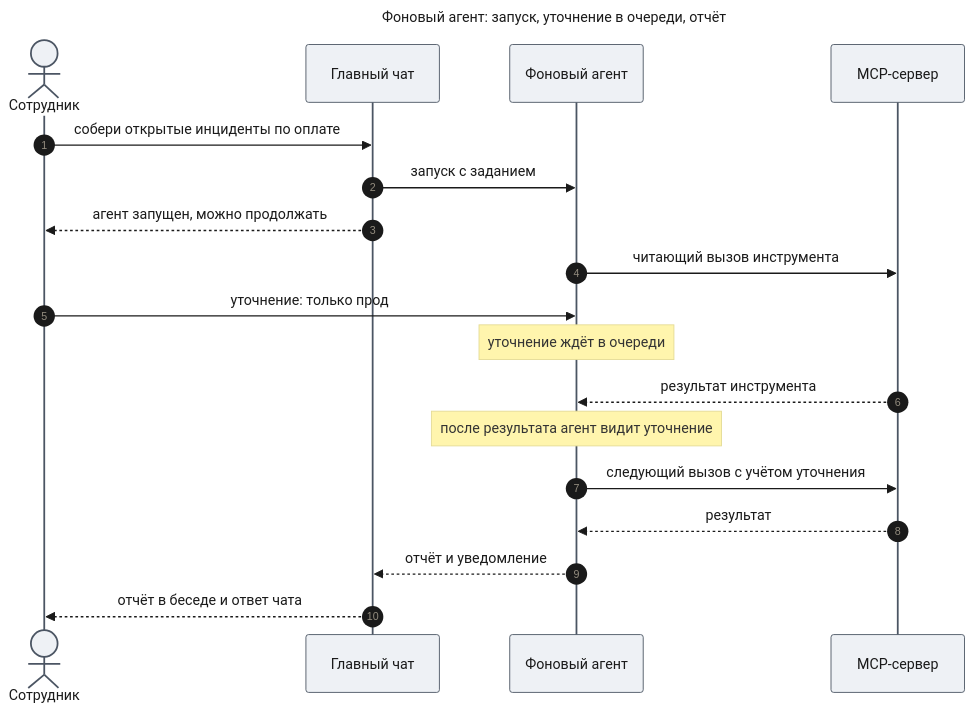
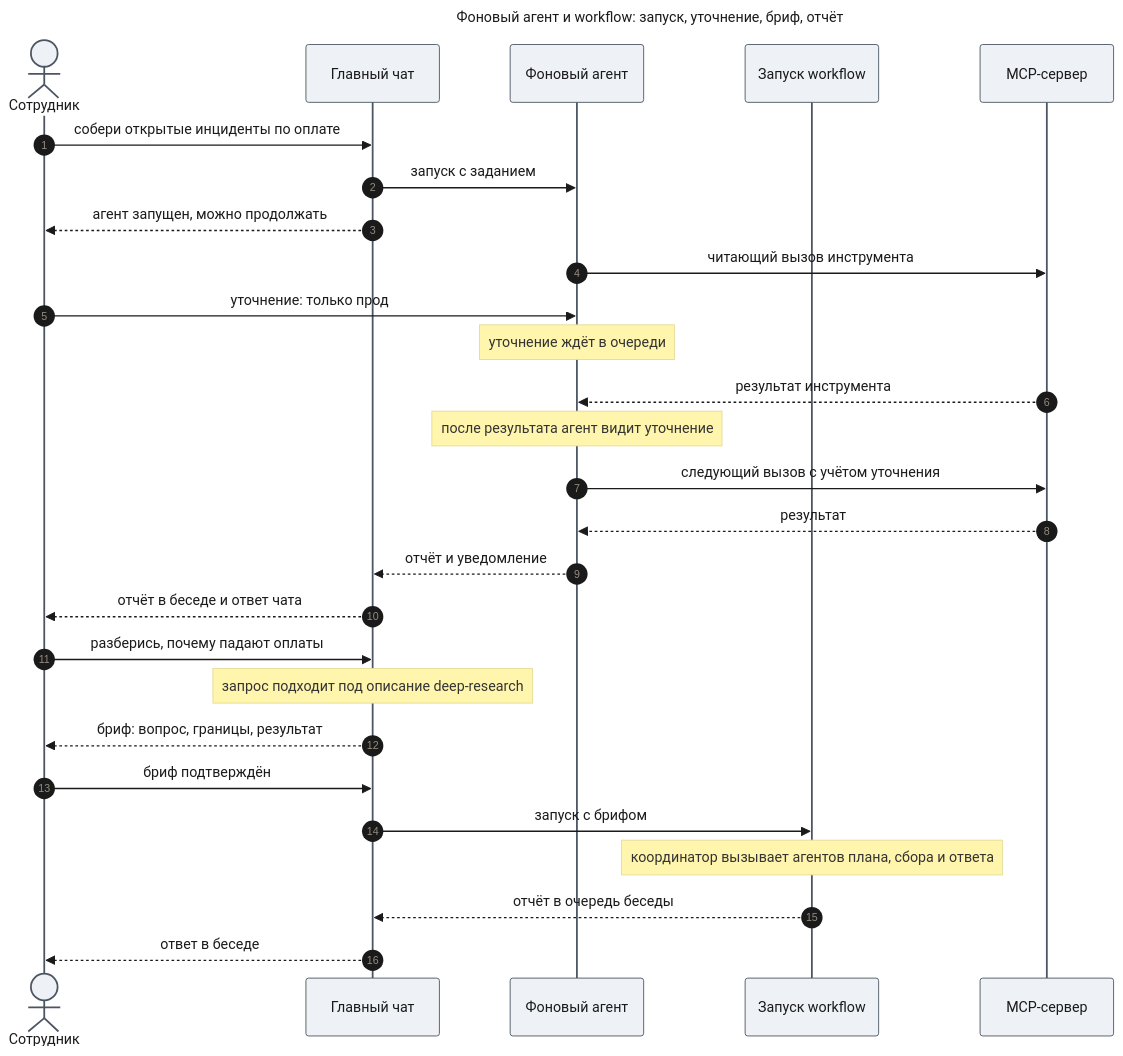
One commit to tundraray/agent-os changed the third of 5 diagrams in docs/features/agent-platform/prd.md. Above: the diagram before and after it, drawn with Mermaid. The commit also changed other lines of this file, not shown here.

````diff
--- a/docs/features/agent-platform/prd.md
+++ b/docs/features/agent-platform/prd.md
@@ -162,44 +181,59 @@
 ```mermaid
 ---
-title: "Фоновый агент: запуск, уточнение в очереди, отчёт"
+title: "Фоновый агент и workflow: запуск, уточнение, бриф, отчёт"
 config:
   theme: base
   look: classic
   themeVariables:
     primaryColor: "#eef1f5"
     primaryBorderColor: "#4b5563"
     primaryTextColor: "#1a1a1a"
     lineColor: "#6b7280"
   themeCSS: |
-    @keyframes lit_sq{0%,9%{stroke:#991b1b;stroke-width:6px}10%,100%{stroke:#37474f;stroke-width:2px}}
-    @keyframes litr_sq{0%,9%{stroke:#1d4ed8;stroke-width:6px}10%,100%{stroke:#37474f;stroke-width:2px}}
-    .messageLine0[data-id='i1'],.messageLine1[data-id='i1']{animation:lit_sq 12s linear 0s infinite}
-    .messageLine0[data-id='i2'],.messageLine1[data-id='i2']{animation:lit_sq 12s linear 1.2s infinite}
-    .messageLine0[data-id='i3'],.messageLine1[data-id='i3']{animation:litr_sq 12s linear 2.4s infinite}
-    .messageLine0[data-id='i4'],.messageLine1[data-id='i4']{animation:lit_sq 12s linear 3.6s infinite}
-    .messageLine0[data-id='i5'],.messageLine1[data-id='i5']{animation:lit_sq 12s linear 4.8s infinite}
-    .messageLine0[data-id='i7'],.messageLine1[data-id='i7']{animation:litr_sq 12s linear 6s infinite}
-    .messageLine0[data-id='i9'],.messageLine1[data-id='i9']{animation:lit_sq 12s linear 7.2s infinite}
-    .messageLine0[data-id='i10'],.messageLine1[data-id='i10']{animation:litr_sq 12s linear 8.4s infinite}
-    .messageLine0[data-id='i11'],.messageLine1[data-id='i11']{animation:litr_sq 12s linear 9.6s infinite}
-    .messageLine0[data-id='i12'],.messageLine1[data-id='i12']{animation:litr_sq 12s linear 10.8s infinite}
+    @keyframes lit_sq{0%,5.625%{stroke:#991b1b;stroke-width:6px}6.25%,100%{stroke:#37474f;stroke-width:2px}}
+    @keyframes litr_sq{0%,5.625%{stroke:#1d4ed8;stroke-width:6px}6.25%,100%{stroke:#37474f;stroke-width:2px}}
+    .messageLine0[data-id='i1'],.messageLine1[data-id='i1']{animation:lit_sq 19.2s linear 0s infinite}
+    .messageLine0[data-id='i2'],.messageLine1[data-id='i2']{animation:lit_sq 19.2s linear 1.2s infinite}
+    .messageLine0[data-id='i3'],.messageLine1[data-id='i3']{animation:litr_sq 19.2s linear 2.4s infinite}
+    .messageLine0[data-id='i4'],.messageLine1[data-id='i4']{animation:litr_sq 19.2s linear 3.6s infinite}
+    .messageLine0[data-id='i5'],.messageLine1[data-id='i5']{animation:lit_sq 19.2s linear 4.8s infinite}
+    .messageLine0[data-id='i7'],.messageLine1[data-id='i7']{animation:litr_sq 19.2s linear 6s infinite}
+    .messageLine0[data-id='i9'],.messageLine1[data-id='i9']{animation:litr_sq 19.2s linear 7.2s infinite}
+    .messageLine0[data-id='i10'],.messageLine1[data-id='i10']{animation:litr_sq 19.2s linear 8.4s infinite}
+    .messageLine0[data-id='i11'],.messageLine1[data-id='i11']{animation:litr_sq 19.2s linear 9.6s infinite}
+    .messageLine0[data-id='i12'],.messageLine1[data-id='i12']{animation:litr_sq 19.2s linear 10.8s infinite}
+    .messageLine0[data-id='i13'],.messageLine1[data-id='i13']{animation:lit_sq 19.2s linear 12s infinite}
+    .messageLine0[data-id='i15'],.messageLine1[data-id='i15']{animation:litr_sq 19.2s linear 13.2s infinite}
+    .messageLine0[data-id='i16'],.messageLine1[data-id='i16']{animation:lit_sq 19.2s linear 14.4s infinite}
+    .messageLine0[data-id='i17'],.messageLine1[data-id='i17']{animation:lit_sq 19.2s linear 15.6s infinite}
+    .messageLine0[data-id='i19'],.messageLine1[data-id='i19']{animation:litr_sq 19.2s linear 16.8s infinite}
+    .messageLine0[data-id='i20'],.messageLine1[data-id='i20']{animation:litr_sq 19.2s linear 18s infinite}
 ---
 sequenceDiagram
     autonumber
     actor U as Сотрудник
     participant C as Главный чат
     participant A as Фоновый агент
+    participant W as Запуск workflow
     participant M as MCP-сервер
     U->>C: собери открытые инциденты по оплате
     C->>A: запуск с заданием
     C-->>U: агент запущен, можно продолжать
     A->>M: читающий вызов инструмента
     U->>A: уточнение: только прод
     Note over A: уточнение ждёт в очереди
     M-->>A: результат инструмента
     Note over A: после результата агент видит уточнение
     A->>M: следующий вызов с учётом уточнения
     M-->>A: результат
     A-->>C: отчёт и уведомление
     C-->>U: отчёт в беседе и ответ чата
+    U->>C: разберись, почему падают оплаты
+    Note over C: запрос подходит под описание deep-research
+    C-->>U: бриф: вопрос, границы, результат
+    U->>C: бриф подтверждён
+    C->>W: запуск с брифом
+    Note over W: координатор вызывает агентов плана, сбора и ответа
+    W-->>C: отчёт в очередь беседы
+    C-->>U: ответ в беседе
 ```
````
